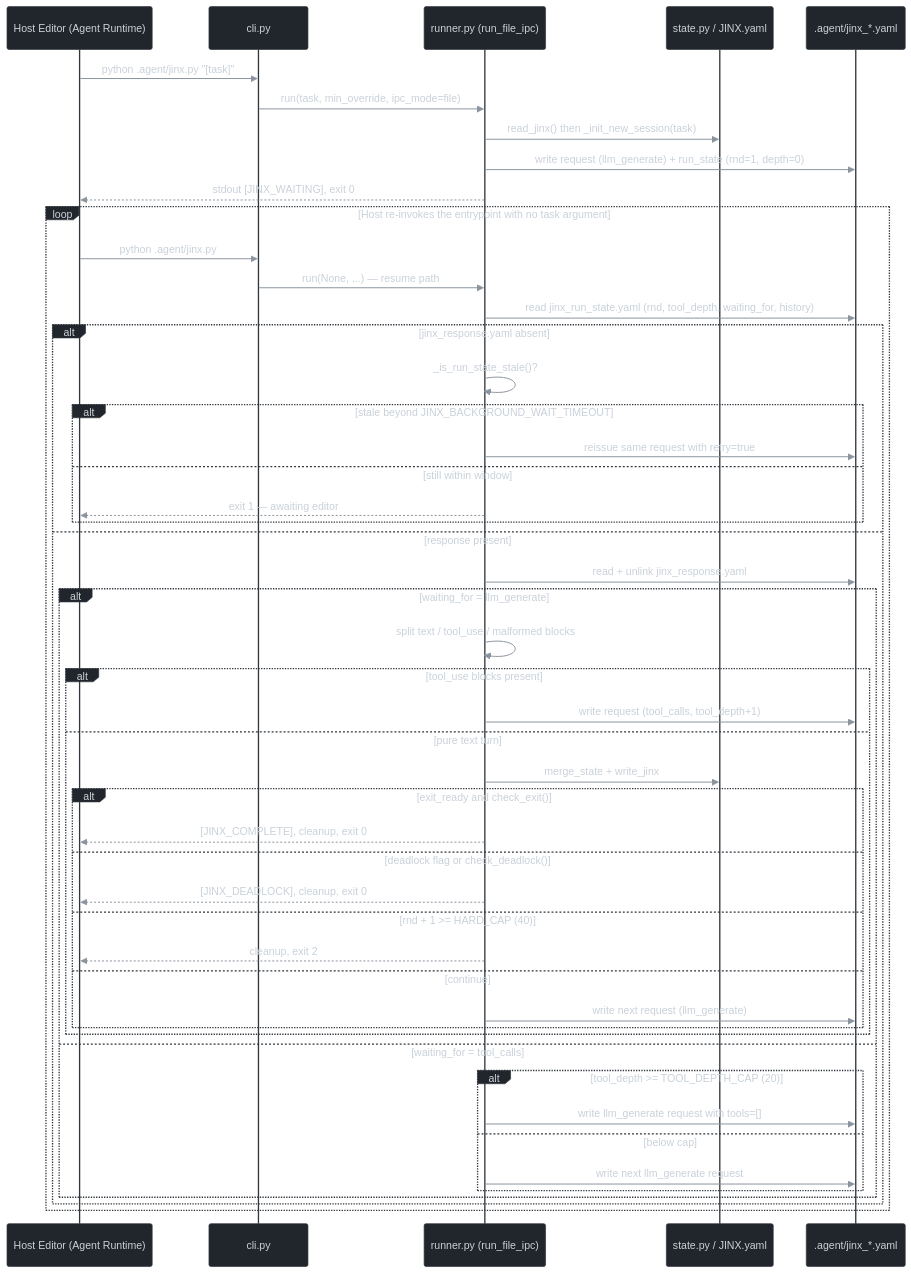
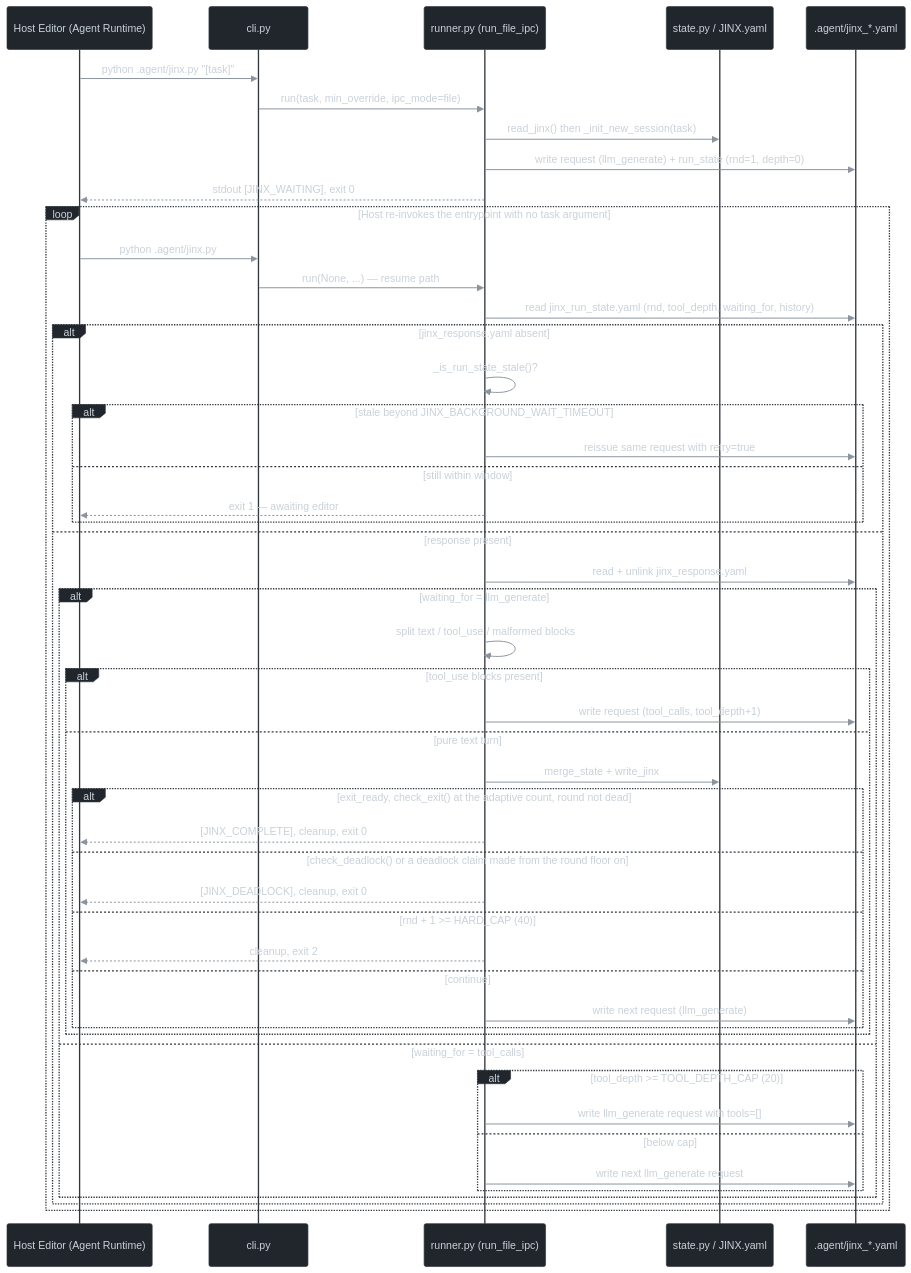
The fourth of 5 diagrams in README.md (apxgpt/agent), drawn with Mermaid before and after one commit. The commit also changed other lines of this file and 12 other files, not shown here.

````diff
--- a/README.md
+++ b/README.md
@@ -358,55 +369,55 @@
 ```mermaid
 %%{init: {'theme': 'base', 'themeVariables': {"darkMode": true, "background": "#0d1117", "primaryColor": "#21262d", "primaryTextColor": "#e6edf3", "primaryBorderColor": "#8b949e", "lineColor": "#8b949e", "textColor": "#e6edf3", "edgeLabelBackground": "#161b22", "actorBkg": "#21262d", "actorBorder": "#30363d", "actorTextColor": "#c9d1d9", "actorLineColor": "#30363d", "signalColor": "#8b949e", "signalTextColor": "#c9d1d9", "noteBkgColor": "#161b22", "noteBorderColor": "#30363d", "noteTextColor": "#c9d1d9", "labelBoxBkgColor": "#21262d", "labelBoxBorderColor": "#30363d", "labelTextColor": "#c9d1d9", "loopTextColor": "#c9d1d9", "activationBkgColor": "#21262d", "activationBorderColor": "#30363d"}}}%%
 sequenceDiagram
     participant Host as Host Editor (Agent Runtime)
     participant CLI as cli.py
     participant Runner as runner.py (run_file_ipc)
     participant State as state.py / JINX.yaml
     participant IPC as .agent/jinx_*.yaml
 
     Host->>CLI: python .agent/jinx.py "[task]"
     CLI->>Runner: run(task, min_override, ipc_mode=file)
     Runner->>State: read_jinx() then _init_new_session(task)
     Runner->>IPC: write request (llm_generate) + run_state (rnd=1, depth=0)
     Runner-->>Host: stdout [JINX_WAITING], exit 0
 
     loop Host re-invokes the entrypoint with no task argument
         Host->>CLI: python .agent/jinx.py
         CLI->>Runner: run(None, ...) — resume path
         Runner->>IPC: read jinx_run_state.yaml (rnd, tool_depth, waiting_for, history)
 
         alt jinx_response.yaml absent
             Runner->>Runner: _is_run_state_stale()?
             alt stale beyond JINX_BACKGROUND_WAIT_TIMEOUT
                 Runner->>IPC: reissue same request with retry=true
             else still within window
                 Runner-->>Host: exit 1 — awaiting editor
             end
         else response present
             Runner->>IPC: read + unlink jinx_response.yaml
                 alt waiting_for = llm_generate
                     Runner->>Runner: split text / tool_use / malformed blocks
                     alt tool_use blocks present
                         Runner->>IPC: write request (tool_calls, tool_depth+1)
                     else pure text turn
                         Runner->>State: merge_state + write_jinx
-                        alt exit_ready and check_exit()
+                        alt exit_ready, check_exit() at the adaptive count, round not dead
                             Runner-->>Host: [JINX_COMPLETE], cleanup, exit 0
-                        else deadlock flag or check_deadlock()
+                        else check_deadlock() or a deadlock claim made from the round floor on
                             Runner-->>Host: [JINX_DEADLOCK], cleanup, exit 0
                         else rnd + 1 >= HARD_CAP (40)
                             Runner-->>Host: cleanup, exit 2
                         else continue
                             Runner->>IPC: write next request (llm_generate)
                         end
                     end
             else waiting_for = tool_calls
                 alt tool_depth >= TOOL_DEPTH_CAP (20)
                     Runner->>IPC: write llm_generate request with tools=[]
                 else below cap
                     Runner->>IPC: write next llm_generate request
                 end
             end
         end
     end
 ```
````
